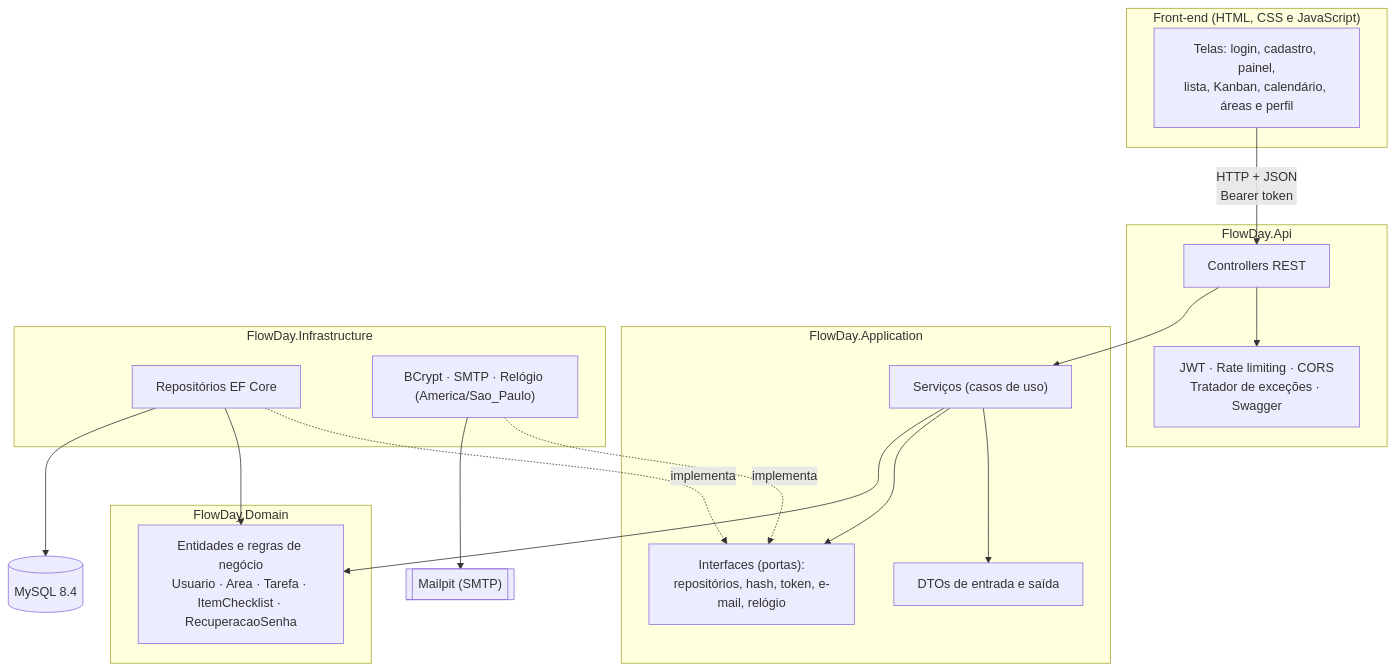
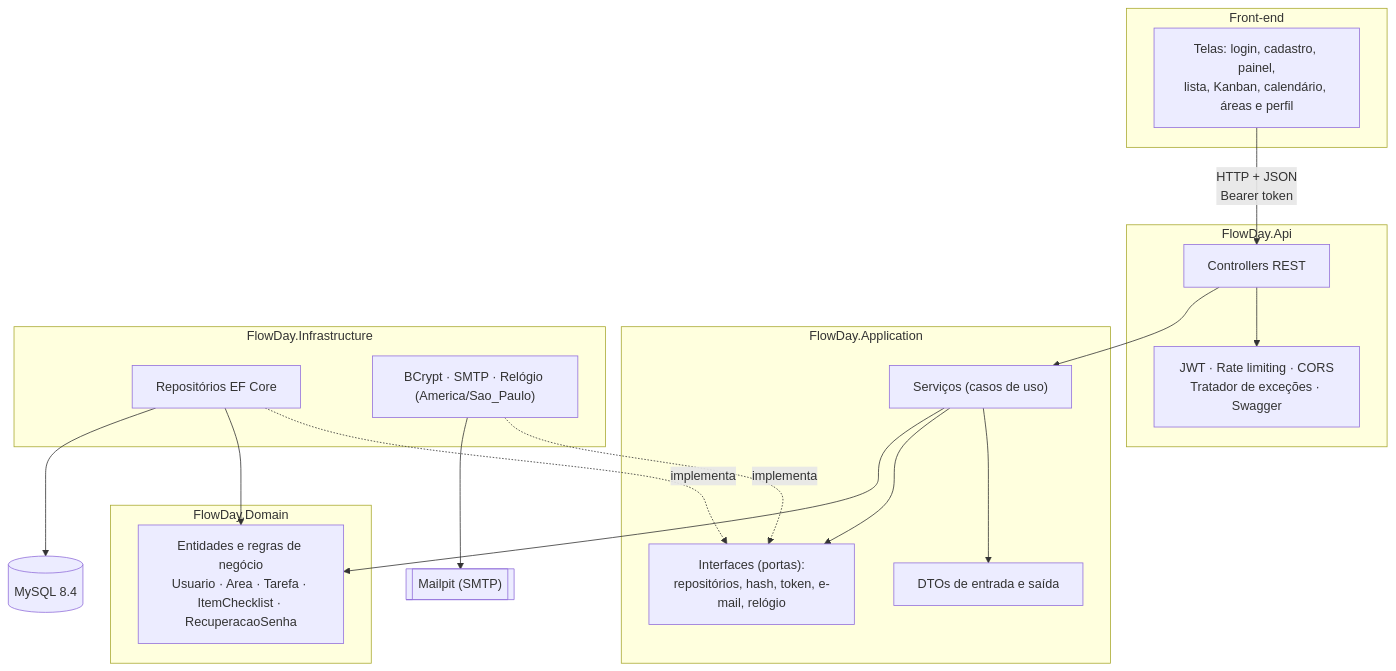
Before and after one commit to HeberMacedo/FLOWDAY: the second of 11 diagrams in docs/diagramas.md, drawn with Mermaid. The commit also changed 11 other files, not shown here.

````diff
--- a/docs/diagramas.md
+++ b/docs/diagramas.md
@@ -65,41 +65,41 @@
 ```mermaid
 flowchart TB
-    subgraph Cliente["Front-end (HTML, CSS e JavaScript)"]
+    subgraph Cliente["Front-end"]
         FE["Telas: login, cadastro, painel,<br/>lista, Kanban, calendário, áreas e perfil"]
     end
 
     subgraph API["FlowDay.Api"]
         C["Controllers REST"]
         M["JWT · Rate limiting · CORS<br/>Tratador de exceções · Swagger"]
     end
 
     subgraph APP["FlowDay.Application"]
         S["Serviços (casos de uso)"]
         D["DTOs de entrada e saída"]
         P["Interfaces (portas):<br/>repositórios, hash, token, e-mail, relógio"]
     end
 
     subgraph DOM["FlowDay.Domain"]
         ENT["Entidades e regras de negócio<br/>Usuario · Area · Tarefa · ItemChecklist · RecuperacaoSenha"]
     end
 
     subgraph INF["FlowDay.Infrastructure"]
         R["Repositórios EF Core"]
         X["BCrypt · SMTP · Relógio (America/Sao_Paulo)"]
     end
 
     DB[("MySQL 8.4")]
     MAIL[["Mailpit (SMTP)"]]
 
     FE -- "HTTP + JSON<br/>Bearer token" --> C
     C --> M
     C --> S
     S --> D
     S --> P
     S --> ENT
     R -. "implementa" .-> P
     X -. "implementa" .-> P
     R --> ENT
     R --> DB
     X --> MAIL
 ```
````
